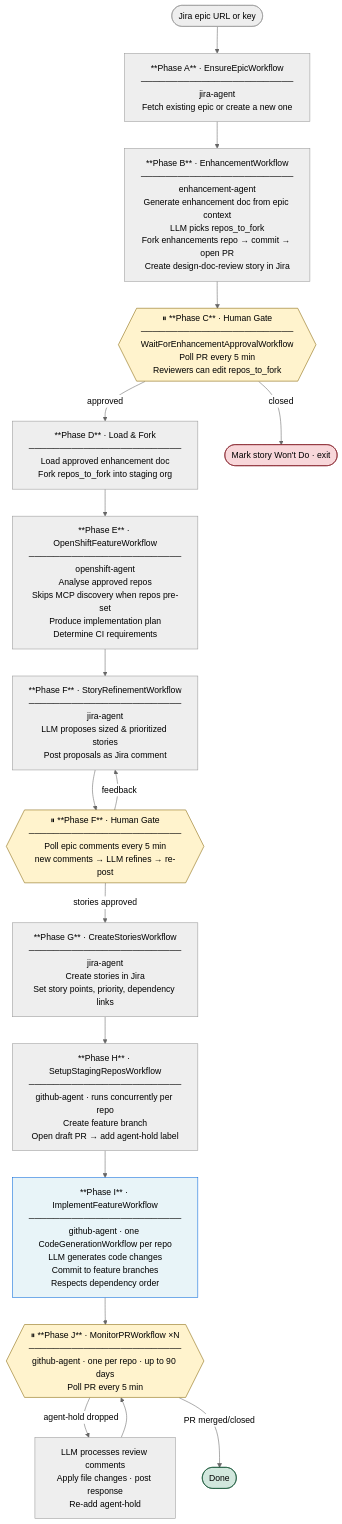
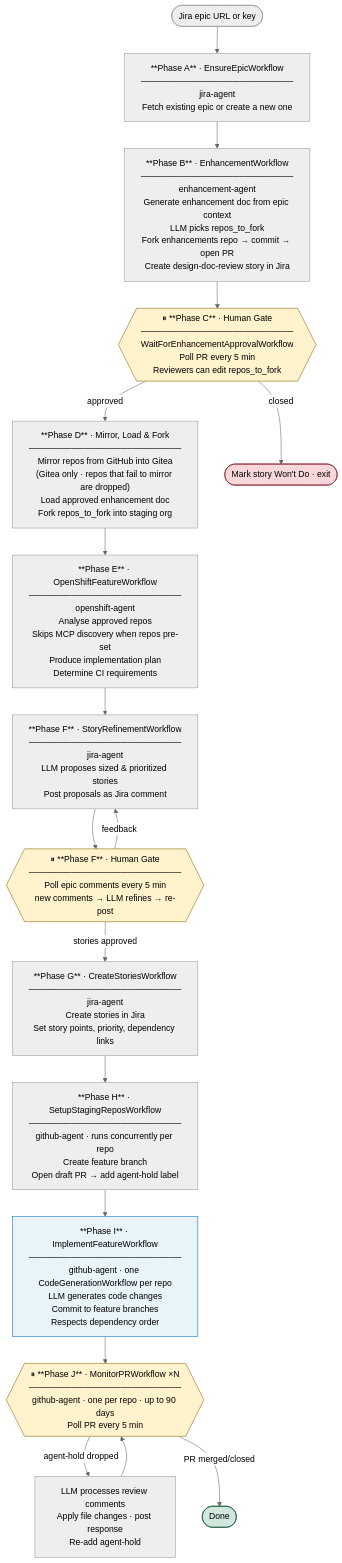
Before and after one commit to openshift-splat-team/splat-sdlc-operator: the sixth of 8 diagrams in README.md, drawn with Mermaid (neutral theme). The commit also changed other lines of this file and 5 other files, not shown here.

First line of the commit message:
docs: document automatic Gitea repo mirroring in Phase D

````diff
--- a/README.md
+++ b/README.md
@@ -183,43 +184,43 @@
 ```mermaid
 flowchart TD
     START([Jira epic URL or key]) --> A
 
     A["**Phase A** · EnsureEpicWorkflow\n─────────────────────────\njira-agent\nFetch existing epic or create a new one"]
 
     A --> B["**Phase B** · EnhancementWorkflow\n─────────────────────────\nenhancement-agent\nGenerate enhancement doc from epic context\nLLM picks repos_to_fork\nFork enhancements repo → commit → open PR\nCreate design-doc-review story in Jira"]
 
     B --> C{{"⏸ **Phase C** · Human Gate\n─────────────────────────\nWaitForEnhancementApprovalWorkflow\nPoll PR every 5 min\nReviewers can edit repos_to_fork"}}
 
     C -- approved --> D
     C -- closed --> ABORT([Mark story Won't Do · exit])
 
-    D["**Phase D** · Load & Fork\n─────────────────────────\nLoad approved enhancement doc\nFork repos_to_fork into staging org"]
+    D["**Phase D** · Mirror, Load & Fork\n─────────────────────────\nMirror repos from GitHub into Gitea\n(Gitea only · repos that fail to mirror are dropped)\nLoad approved enhancement doc\nFork repos_to_fork into staging org"]
 
     D --> E["**Phase E** · OpenShiftFeatureWorkflow\n─────────────────────────\nopenshift-agent\nAnalyse approved repos\nSkips MCP discovery when repos pre-set\nProduce implementation plan\nDetermine CI requirements"]
 
     E --> F["**Phase F** · StoryRefinementWorkflow\n─────────────────────────\njira-agent\nLLM proposes sized & prioritized stories\nPost proposals as Jira comment"]
 
     F --> FG{{"⏸ **Phase F** · Human Gate\n─────────────────────────\nPoll epic comments every 5 min\nnew comments → LLM refines → re-post"}}
 
     FG -- stories approved --> G
     FG -- feedback --> F
 
     G["**Phase G** · CreateStoriesWorkflow\n─────────────────────────\njira-agent\nCreate stories in Jira\nSet story points, priority, dependency links"]
 
     G --> H["**Phase H** · SetupStagingReposWorkflow\n─────────────────────────\ngithub-agent · runs concurrently per repo\nCreate feature branch\nOpen draft PR → add agent-hold label"]
 
     H --> I["**Phase I** · ImplementFeatureWorkflow\n─────────────────────────\ngithub-agent · one CodeGenerationWorkflow per repo\nLLM generates code changes\nCommit to feature branches\nRespects dependency order"]
 
     I --> J{{"⏸ **Phase J** · MonitorPRWorkflow ×N\n─────────────────────────\ngithub-agent · one per repo · up to 90 days\nPoll PR every 5 min"}}
 
     J -- agent-hold dropped --> JC["LLM processes review comments\nApply file changes · post response\nRe-add agent-hold"]
     JC --> J
     J -- PR merged/closed --> DONE([Done])
 
     style C fill:#fff3cd,stroke:#856404,color:#000
     style FG fill:#fff3cd,stroke:#856404,color:#000
     style I fill:#e8f4f8,stroke:#0969da,color:#000
     style J fill:#fff3cd,stroke:#856404,color:#000
     style ABORT fill:#f8d7da,stroke:#842029,color:#000
     style DONE fill:#d1e7dd,stroke:#0f5132,color:#000
 ```
````
